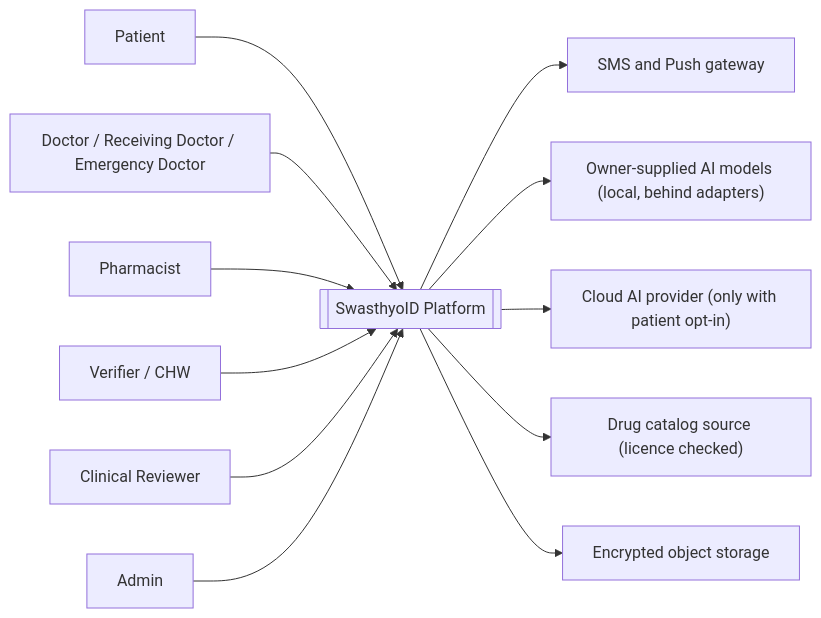
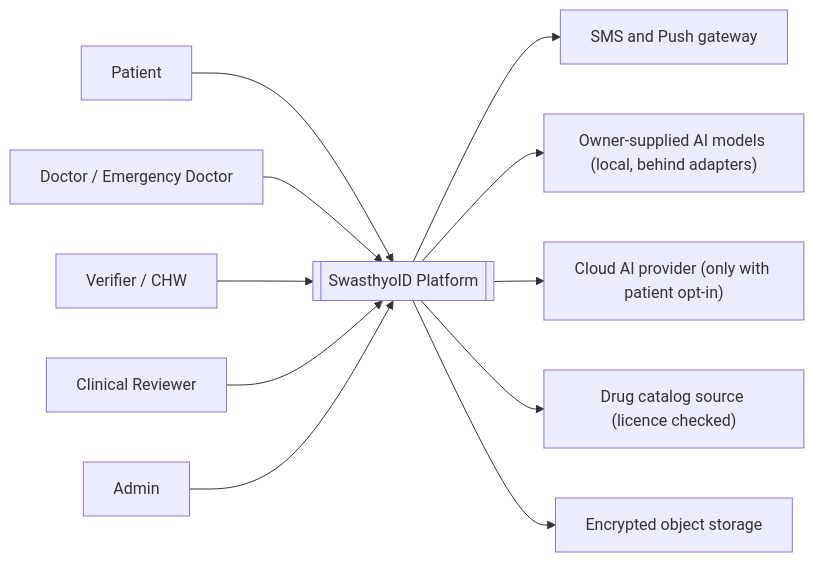
Before and after one commit to sarwar-islam/swasthyoid: the second of 26 diagrams in docs/FRD.md, drawn with Mermaid. The commit also changed other lines of this file and 1 other file, not shown here.

````diff
--- a/docs/FRD.md
+++ b/docs/FRD.md
@@ -132,17 +124,16 @@
 ```mermaid
 flowchart LR
     P["Patient"] --> SYS
-    D["Doctor / Receiving Doctor / Emergency Doctor"] --> SYS
-    PH["Pharmacist"] --> SYS
+    D["Doctor / Emergency Doctor"] --> SYS
     V["Verifier / CHW"] --> SYS
     CR["Clinical Reviewer"] --> SYS
     A["Admin"] --> SYS
 
     SYS[["SwasthyoID Platform"]]
 
     SYS --> SMS["SMS and Push gateway"]
     SYS --> MOD["Owner-supplied AI models (local, behind adapters)"]
     SYS --> AI["Cloud AI provider (only with patient opt-in)"]
     SYS --> CAT["Drug catalog source (licence checked)"]
     SYS --> OBJ["Encrypted object storage"]
 ```
````
